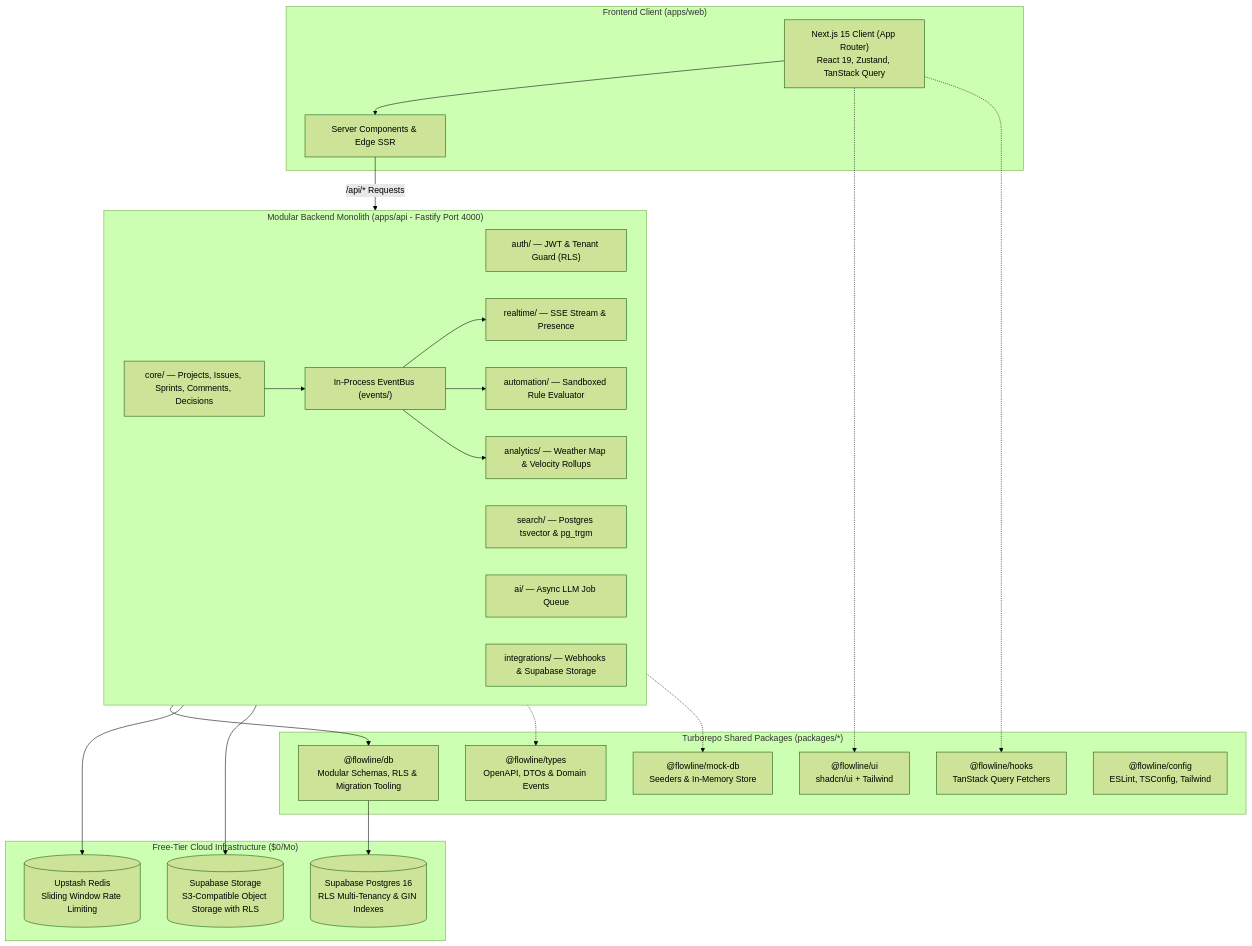
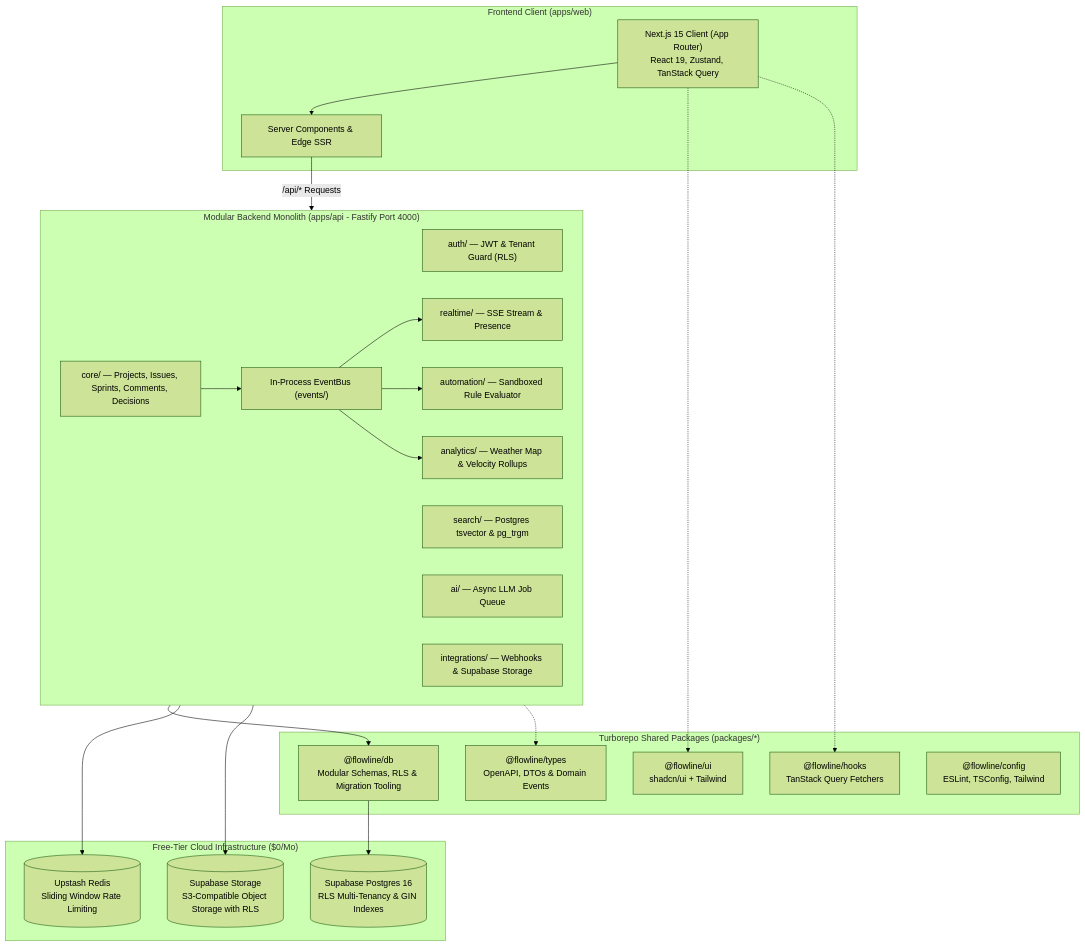
The diagram in docs/architecture/system-overview.md (anirban-629/uniqueprojmang), drawn with Mermaid (forest theme) before and after one commit. The commit also changed 27 other files, not shown here.

````diff
--- a/docs/architecture/system-overview.md
+++ b/docs/architecture/system-overview.md
@@ -5,51 +5,49 @@
 ```mermaid
 flowchart TB
     subgraph Clients["Frontend Client (apps/web)"]
         Browser["Next.js 15 Client (App Router)<br/>React 19, Zustand, TanStack Query"]
         SSR["Server Components & Edge SSR"]
     end
 
     subgraph BackendMonolith["Modular Backend Monolith (apps/api - Fastify Port 4000)"]
         Auth["auth/ — JWT & Tenant Guard (RLS)"]
         Core["core/ — Projects, Issues, Sprints, Comments, Decisions"]
         Search["search/ — Postgres tsvector & pg_trgm"]
         Realtime["realtime/ — SSE Stream & Presence"]
         Auto["automation/ — Sandboxed Rule Evaluator"]
         AI["ai/ — Async LLM Job Queue"]
         Integrations["integrations/ — Webhooks & Supabase Storage"]
         Analytics["analytics/ — Weather Map & Velocity Rollups"]
         EventBus["In-Process EventBus (events/)"]
     end
 
     subgraph DataServices["Free-Tier Cloud Infrastructure ($0/Mo)"]
         Postgres[(Supabase Postgres 16<br/>RLS Multi-Tenancy & GIN Indexes)]
         Redis[(Upstash Redis<br/>Sliding Window Rate Limiting)]
         Storage[(Supabase Storage<br/>S3-Compatible Object Storage with RLS)]
     end
 
     subgraph SharedPackages["Turborepo Shared Packages (packages/*)"]
         DB["@flowline/db<br/>Modular Schemas, RLS & Migration Tooling"]
         UI["@flowline/ui<br/>shadcn/ui + Tailwind"]
         Types["@flowline/types<br/>OpenAPI, DTOs & Domain Events"]
         Hooks["@flowline/hooks<br/>TanStack Query Fetchers"]
-        MockDB["@flowline/mock-db<br/>Seeders & In-Memory Store"]
         Config["@flowline/config<br/>ESLint, TSConfig, Tailwind"]
     end
 
     Browser --> SSR
     SSR -->|/api/* Requests| BackendMonolith
     Core --> EventBus
     EventBus --> Realtime
     EventBus --> Auto
     EventBus --> Analytics
 
     BackendMonolith --> DB
     DB --> Postgres
     BackendMonolith --> Redis
     BackendMonolith --> Storage
 
     Browser -.-> UI
     Browser -.-> Hooks
     BackendMonolith -.-> Types
-    BackendMonolith -.-> MockDB
 ```
````
